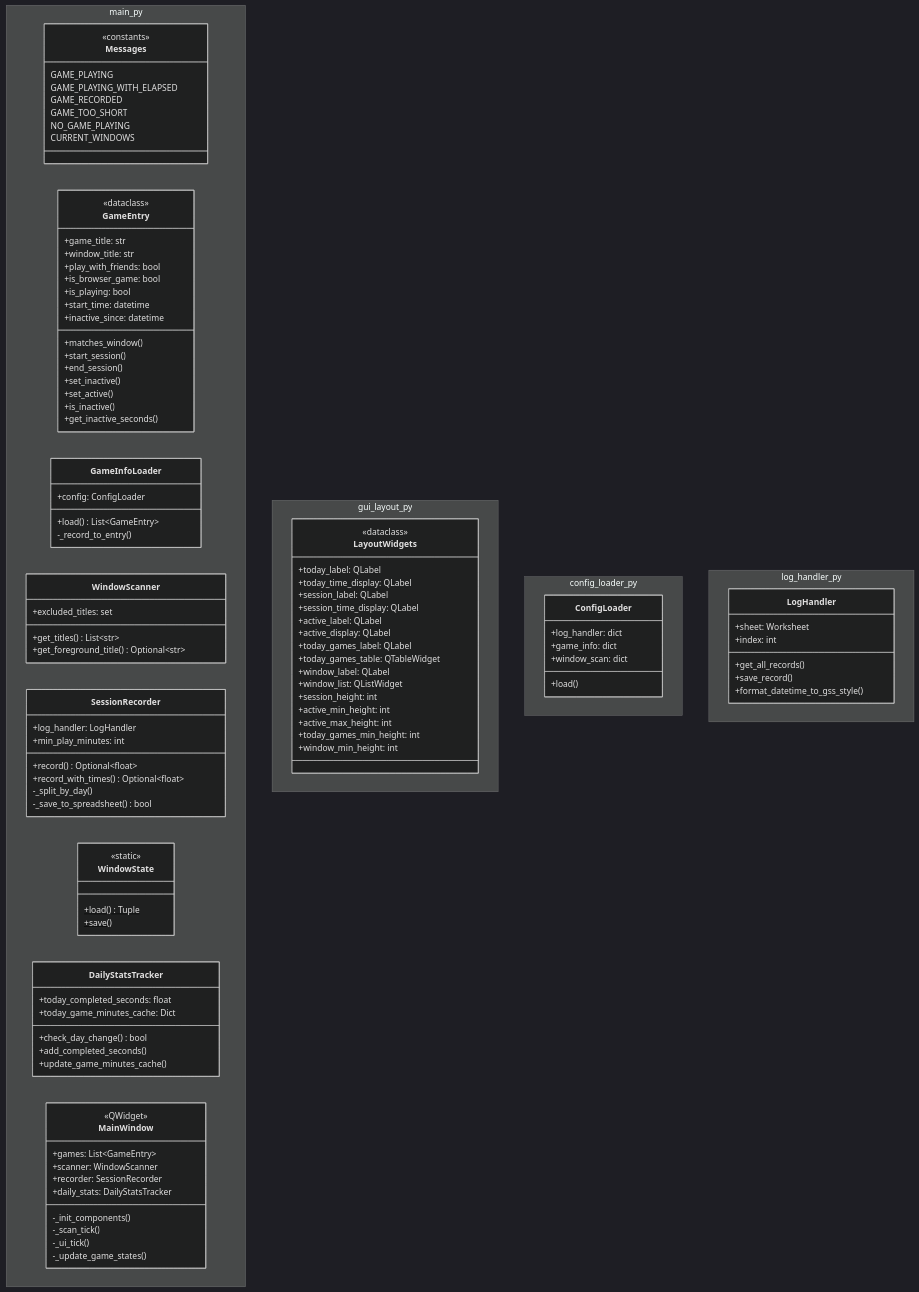
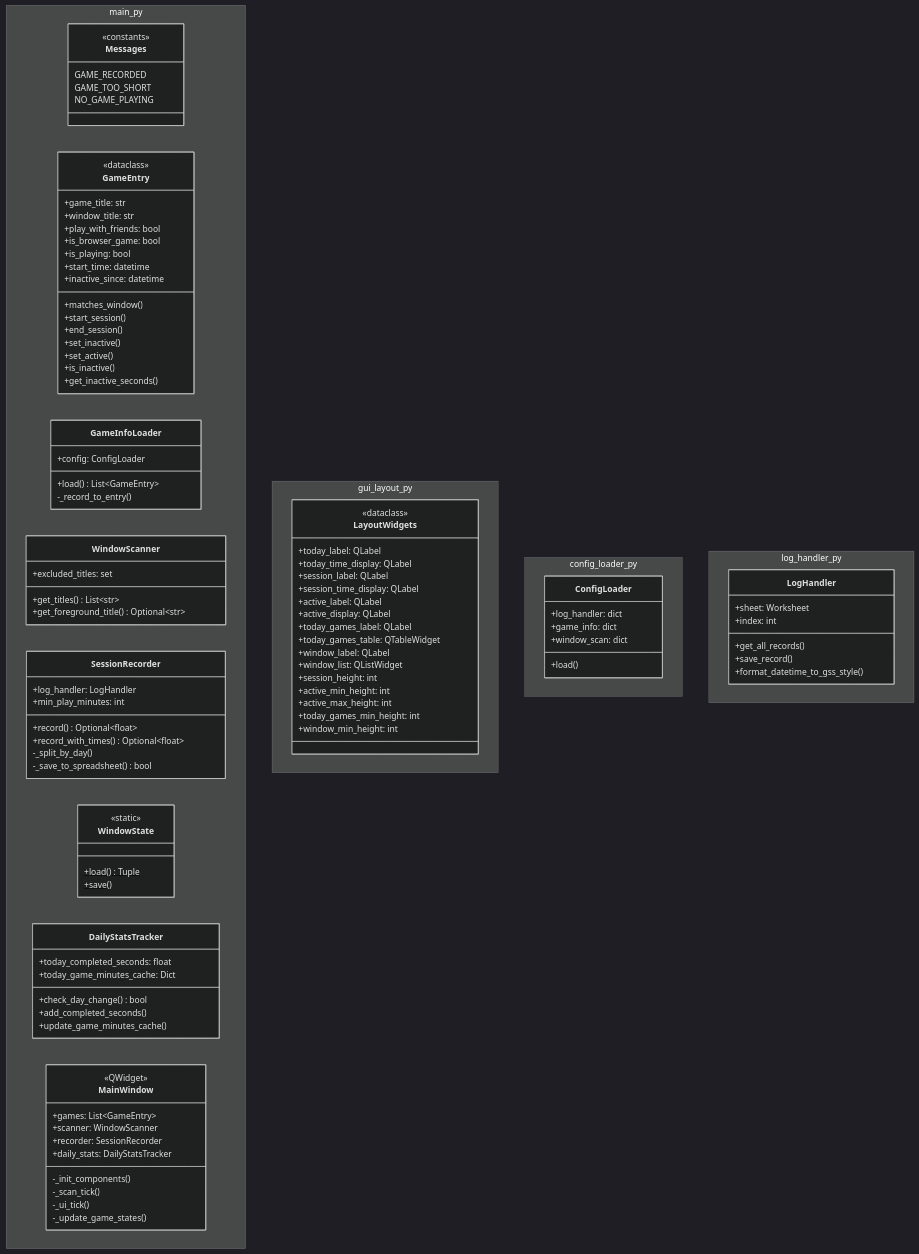
The first of 3 diagrams in SPEC.md (ynanigashi/game_time_tracker), drawn with Mermaid (dark theme) before and after one commit. The commit also changed other lines of this file and 6 other files, not shown here.

```diff
--- a/SPEC.md
+++ b/SPEC.md
@@ -12,12 +12,9 @@
     namespace main_py {
         class Messages {
             <<constants>>
-            GAME_PLAYING
-            GAME_PLAYING_WITH_ELAPSED
             GAME_RECORDED
             GAME_TOO_SHORT
             NO_GAME_PLAYING
-            CURRENT_WINDOWS
         }
         class GameEntry {
             <<dataclass>>
```
